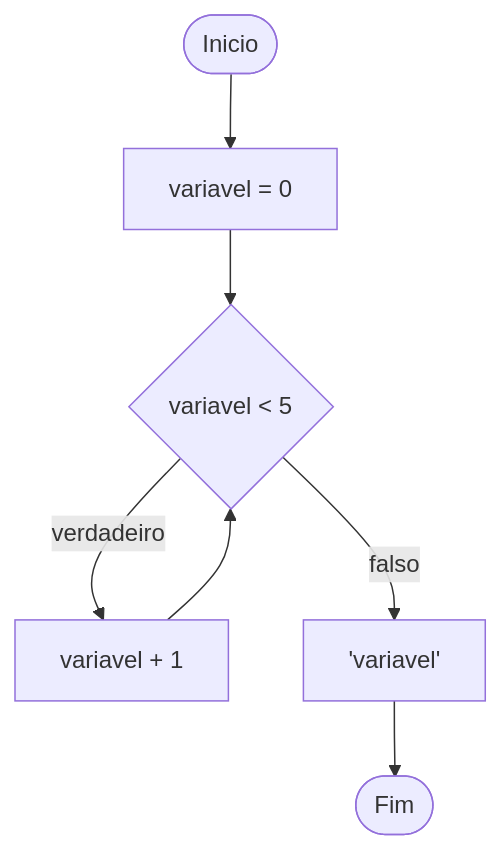
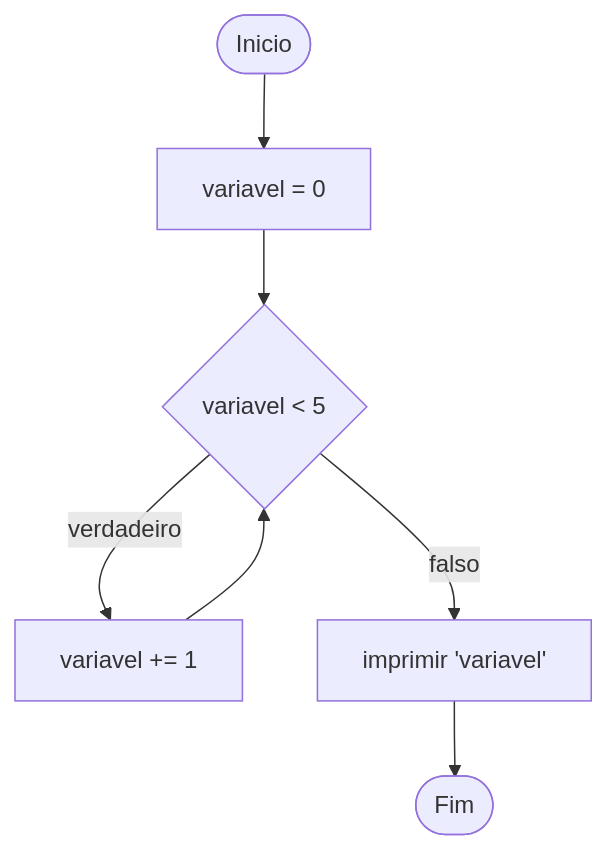
The diagram in exercicios/07 - repetição (while)/readme.md (andre-jnr/estudos-python), drawn with Mermaid before and after one commit. The commit also changed other lines of this file and 5 other files, not shown here.

````diff
--- a/exercicios/07 - repetição (while)/readme.md
+++ b/exercicios/07 - repetição (while)/readme.md
@@ -11,9 +11,9 @@
 ```mermaid
   graph TB;
       A([Inicio]) --> B[variavel = 0];
       B --> C{variavel < 5};
-      C -->|verdadeiro| D[variavel + 1];
+      C -->|verdadeiro| D[variavel += 1];
       D --> C;
-      C -->|falso| E['variavel'];
+      C -->|falso| E[imprimir 'variavel'];
       E --> F([Fim])
 ```
````
